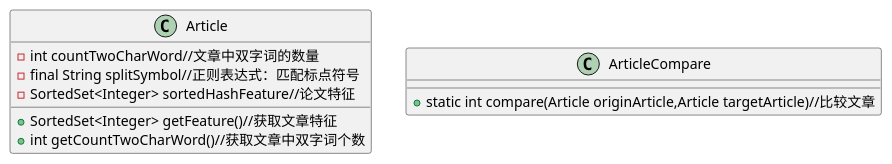
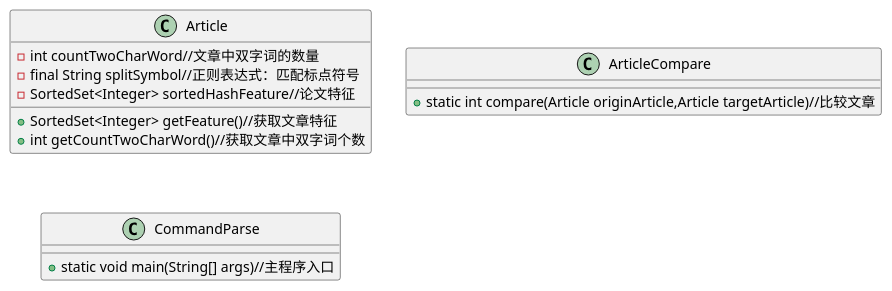
Before and after one commit to graceon/checkArticle: the diagram in checkArticle.puml, drawn with PlantUML. The commit also changed 1 other file, not shown here.

Commit message:
docs:complete UML

```diff
--- a/checkArticle.puml
+++ b/checkArticle.puml
@@ -1,12 +1,15 @@
 @startuml
 class Article{
     - int countTwoCharWord//文章中双字词的数量
     - final String splitSymbol//正则表达式：匹配标点符号
     - SortedSet<Integer> sortedHashFeature//论文特征
     + SortedSet<Integer> getFeature()//获取文章特征
     + int getCountTwoCharWord()//获取文章中双字词个数
 }
 class ArticleCompare {
     + static int compare(Article originArticle,Article targetArticle)//比较文章
 }
+class CommandParse {
+    + static void main(String[] args)//主程序入口
+}
 @enduml
```
